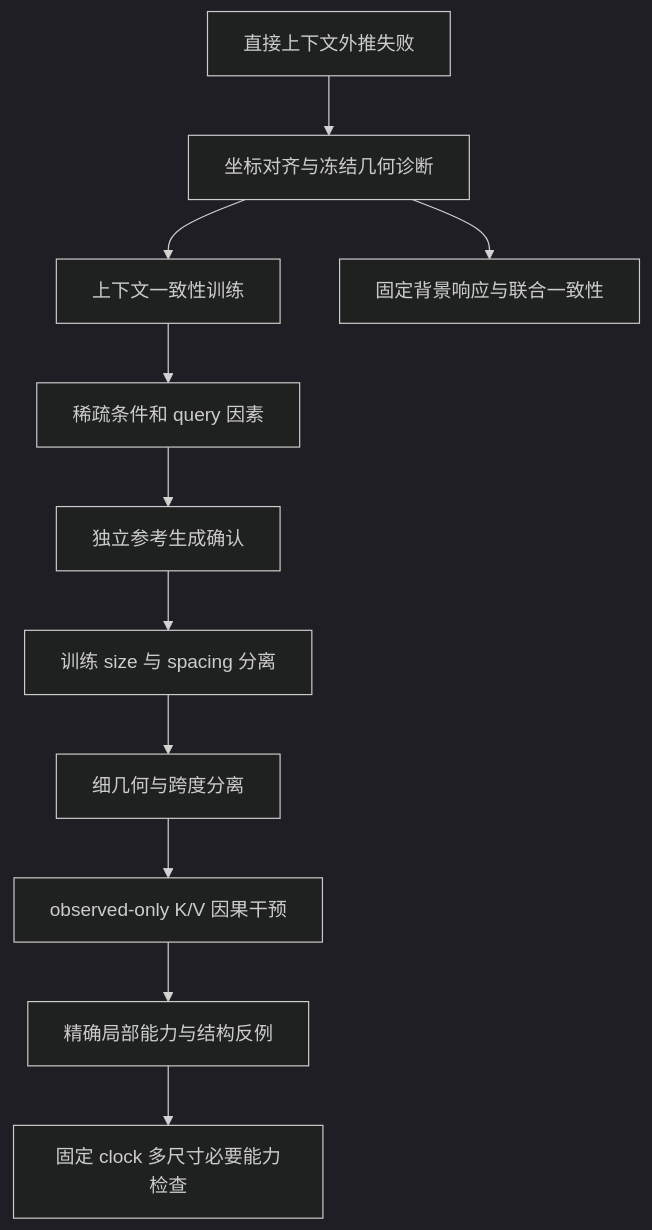
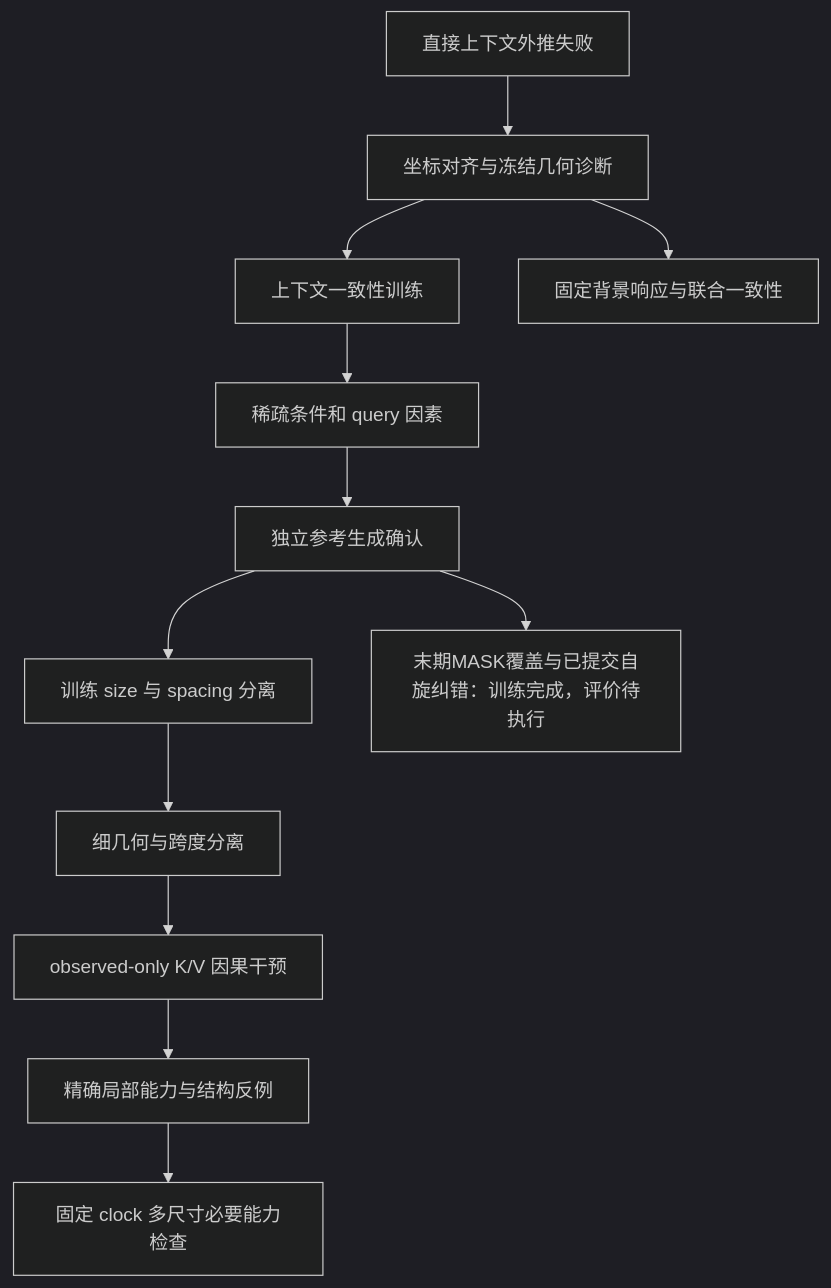
The first of 2 diagrams in experiments/README.md (zxfly666/ISM), drawn with Mermaid (dark theme) before and after one commit. The commit also changed other lines of this file and 102 other files, not shown here.

````diff
--- a/experiments/README.md
+++ b/experiments/README.md
@@ -41,13 +44,14 @@
 ```mermaid
 flowchart TD
   P[直接上下文外推失败] --> A[坐标对齐与冻结几何诊断]
   A --> F[上下文一致性训练]
   A --> X[固定背景响应与联合一致性]
   F --> T[稀疏条件和 query 因素]
   T --> B[独立参考生成确认]
   B --> G[训练 size 与 spacing 分离]
   G --> I[细几何与跨度分离]
   I --> J[observed-only K/V 因果干预]
   J --> E[精确局部能力与结构反例]
   E --> N[固定 clock 多尺寸必要能力检查]
+  B --> M[末期MASK覆盖与已提交自旋纠错：训练完成，评价待执行]
 ```
````
